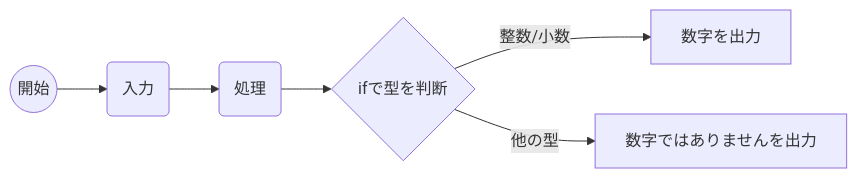
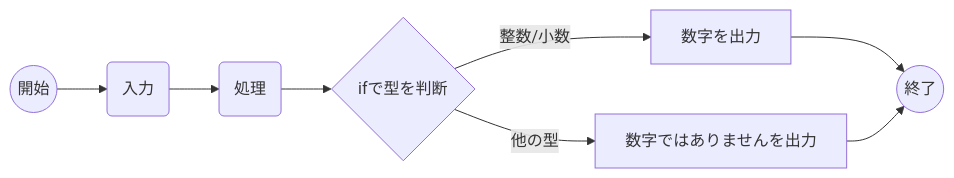
One commit to 2023-new-graduate-takadanobaba/ou changed the diagram in README.md. Above: the diagram before and after it, drawn with Mermaid.

````diff
--- a/README.md
+++ b/README.md
@@ -66,8 +66,10 @@
     ```mermaid
     flowchart LR
     A((開始)) --> B(入力)
       B --> C(処理)
       C --> D{ifで型を判断}
       D --> |整数/小数| E[数字を出力]
-      D --> |他の型| F["数字ではありません"を出力]
+      D --> |他の型| F[数字ではありませんを出力]
+      E --> G((終了))
+      F --> G
     ```
````
